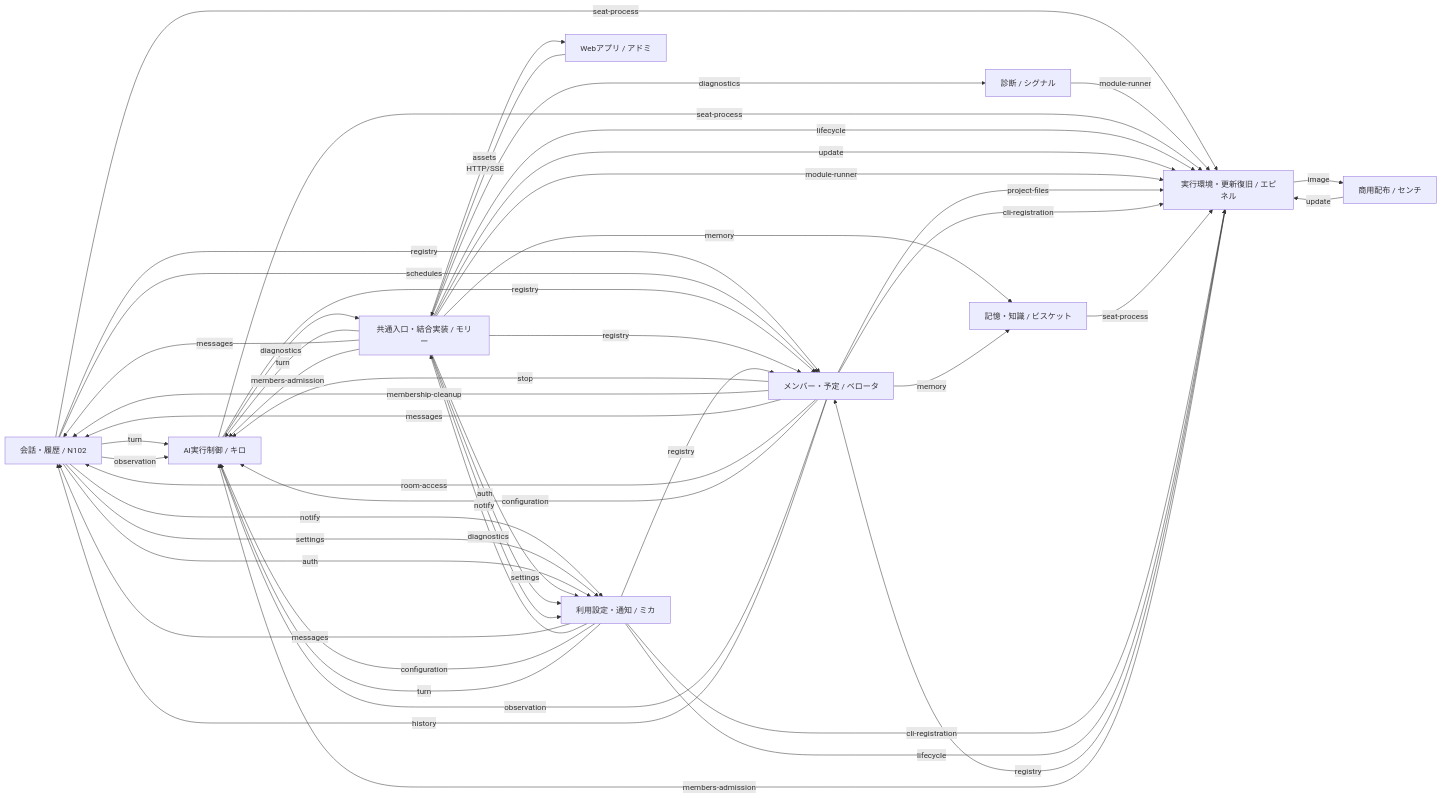
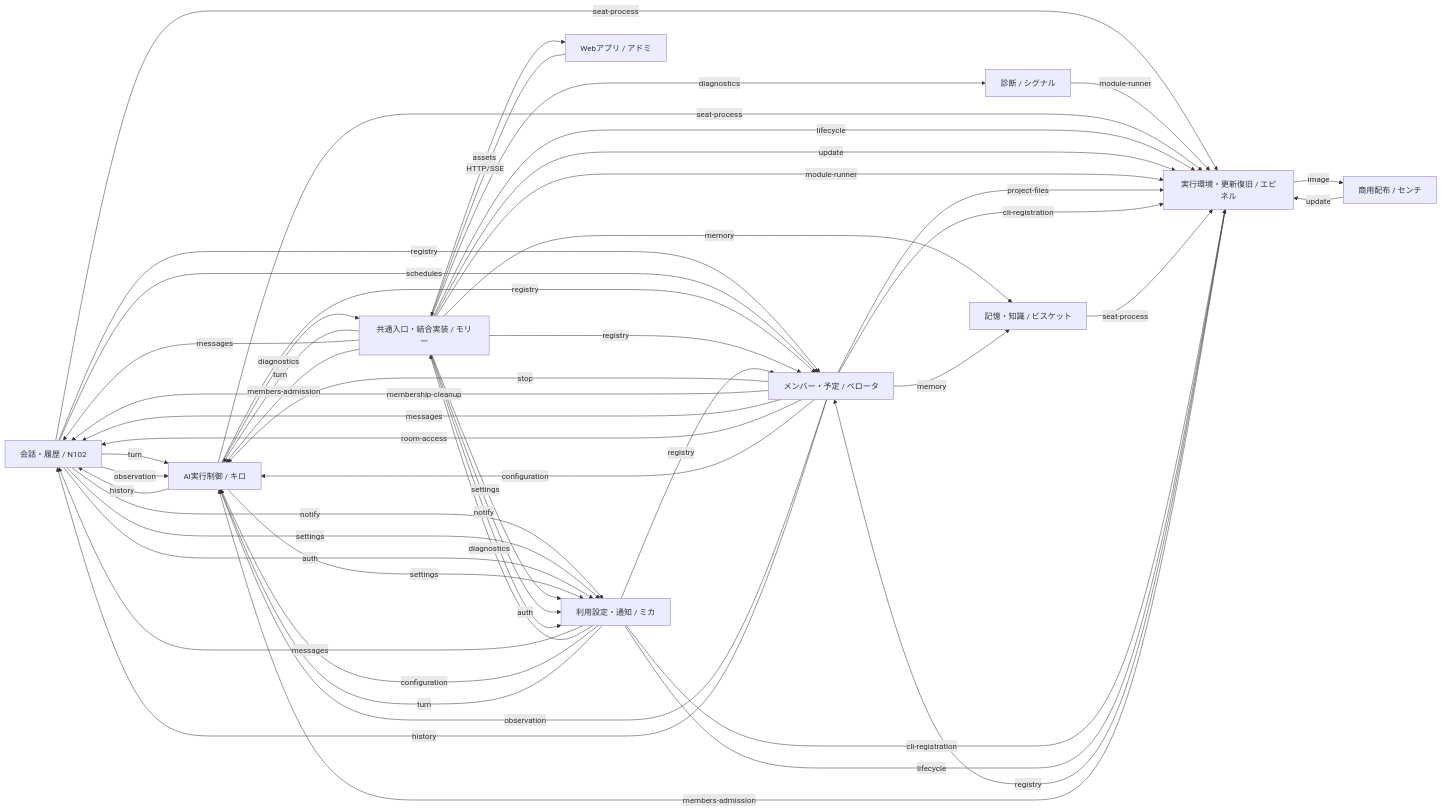
The first of 2 diagrams in docs/architecture/feature-map.md (kitepon/BellTeam), drawn with Mermaid before and after one commit. The commit also changed 28 other files, not shown here.

````diff
--- a/docs/architecture/feature-map.md
+++ b/docs/architecture/feature-map.md
@@ -11,61 +11,63 @@
 ```mermaid
 flowchart LR
   m_conversation["会話・履歴 / N102"]
   m_diagnostics["診断 / シグナル"]
   m_distribution["商用配布 / センチ"]
   m_execution["AI実行制御 / キロ"]
   m_integration["共通入口・結合実装 / モリー"]
   m_members["メンバー・予定 / ベロータ"]
   m_memory["記憶・知識 / ビスケット"]
   m_runtime["実行環境・更新復旧 / エピネル"]
   m_usage["利用設定・通知 / ミカ"]
   m_web["Webアプリ / アドミ"]
   m_conversation -->|"turn"| m_execution
   m_conversation -->|"registry"| m_members
   m_conversation -->|"notify"| m_usage
   m_conversation -->|"schedules"| m_members
   m_conversation -->|"seat-process"| m_runtime
   m_conversation -->|"settings"| m_usage
   m_conversation -->|"auth"| m_usage
   m_conversation -->|"observation"| m_execution
   m_diagnostics -->|"module-runner"| m_runtime
   m_distribution -->|"update"| m_runtime
   m_execution -->|"diagnostics"| m_integration
   m_execution -->|"registry"| m_members
   m_execution -->|"seat-process"| m_runtime
+  m_execution -->|"history"| m_conversation
+  m_execution -->|"settings"| m_usage
   m_integration -->|"turn"| m_execution
   m_integration -->|"messages"| m_conversation
   m_integration -->|"registry"| m_members
   m_integration -->|"settings"| m_usage
   m_integration -->|"memory"| m_memory
   m_integration -->|"lifecycle"| m_runtime
   m_integration -->|"assets"| m_web
   m_integration -->|"update"| m_runtime
   m_integration -->|"auth"| m_usage
   m_integration -->|"notify"| m_usage
   m_integration -->|"members-admission"| m_execution
   m_integration -->|"diagnostics"| m_diagnostics
   m_integration -->|"module-runner"| m_runtime
   m_members -->|"stop"| m_execution
   m_members -->|"project-files"| m_runtime
   m_members -->|"cli-registration"| m_runtime
   m_members -->|"membership-cleanup"| m_conversation
   m_members -->|"messages"| m_conversation
   m_members -->|"memory"| m_memory
   m_members -->|"room-access"| m_conversation
   m_members -->|"configuration"| m_execution
   m_members -->|"observation"| m_execution
   m_members -->|"history"| m_conversation
   m_memory -->|"seat-process"| m_runtime
   m_runtime -->|"registry"| m_members
   m_runtime -->|"image"| m_distribution
   m_runtime -->|"members-admission"| m_execution
   m_usage -->|"registry"| m_members
   m_usage -->|"messages"| m_conversation
   m_usage -->|"cli-registration"| m_runtime
   m_usage -->|"diagnostics"| m_integration
   m_usage -->|"configuration"| m_execution
   m_usage -->|"turn"| m_execution
   m_usage -->|"lifecycle"| m_runtime
   m_web -->|"HTTP/SSE"| m_integration
 ```
````
